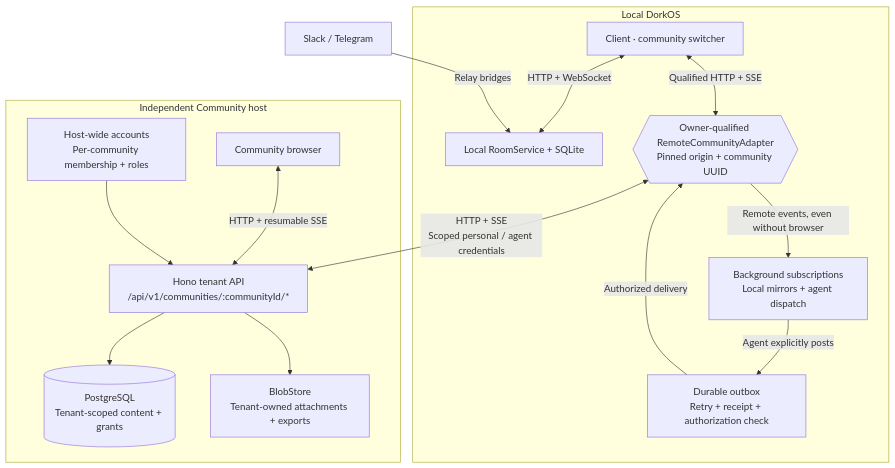
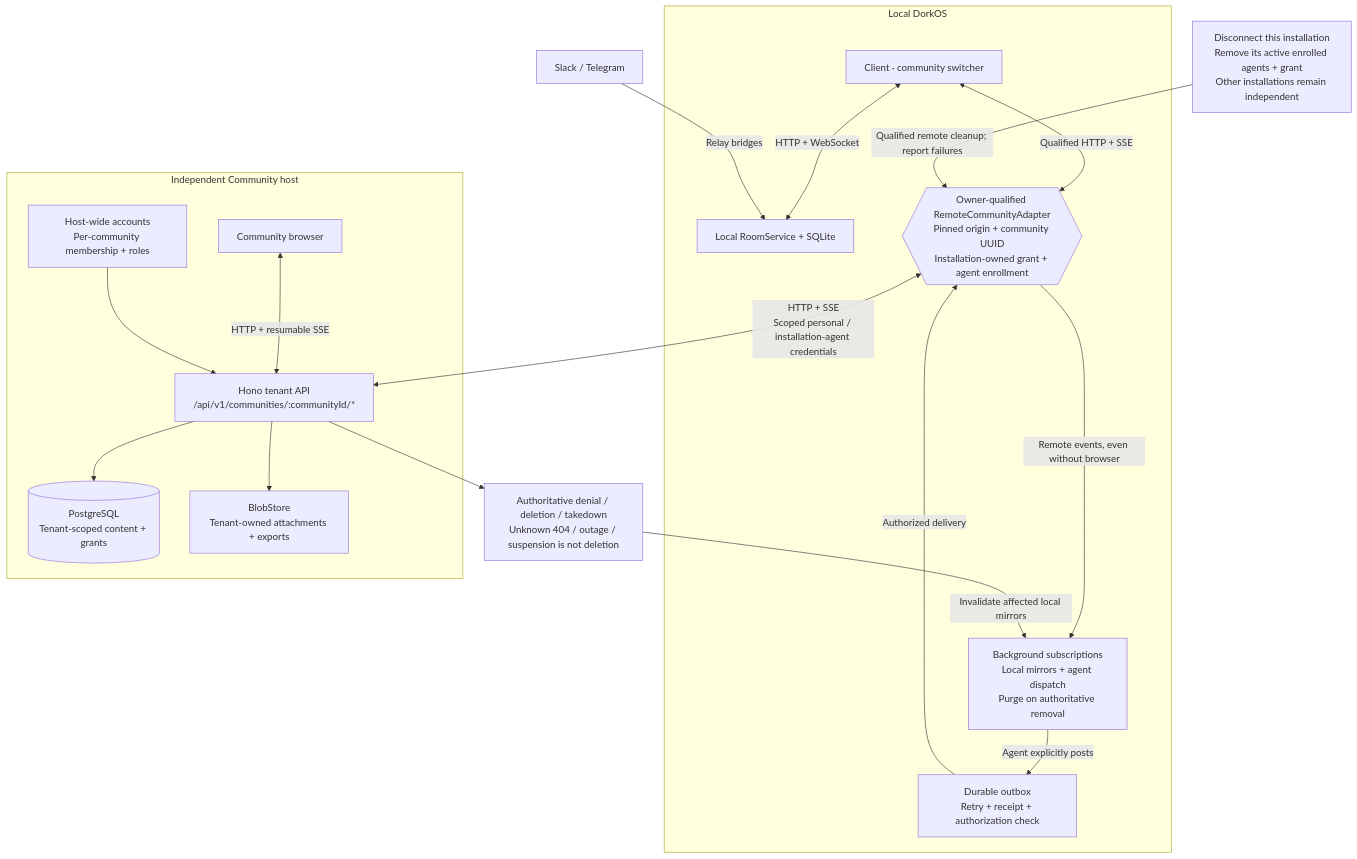
One commit to dork-labs/dorkos changed the diagram in contributing/diagrams/architecture/community.mmd. Above: the diagram before and after it, drawn with Mermaid. The commit also changed 16 other files, not shown here.

Commit message:
docs(architecture): reconcile October projects, Spaces and recovery boundaries

```diff
--- a/contributing/diagrams/architecture/community.mmd
+++ b/contributing/diagrams/architecture/community.mmd
@@ -1,28 +1,33 @@
 flowchart TB
   accTitle: Local participation in a multi-community host
-  accDescr: Local rooms remain in SQLite. Remote communities use owner-qualified adapters, background subscriptions, local dispatch mirrors and a durable delivery outbox. One independent host has host-wide sign-in and tenant-scoped data. Host administration does not grant content access.
+  accDescr: Local rooms remain in SQLite. Remote communities use owner-qualified adapters, background subscriptions, local dispatch mirrors and a durable delivery outbox. One independent host has host-wide sign-in and tenant-scoped data. Host administration is separate from ordinary membership; scoped takedown and evidence operations are explicit exceptions. Installation grants own their enrolled agents. Authoritative removal purges local mirrors; unknown errors do not.
   subgraph local["Local DorkOS"]
     ui["Client · community switcher"]
     rooms["Local RoomService + SQLite"]
-    adapter{{"Owner-qualified RemoteCommunityAdapter<br/>Pinned origin + community UUID"}}
-    inbound["Background subscriptions<br/>Local mirrors + agent dispatch"]
+    adapter{{"Owner-qualified RemoteCommunityAdapter<br/>Pinned origin + community UUID<br/>Installation-owned grant + agent enrollment"}}
+    inbound["Background subscriptions<br/>Local mirrors + agent dispatch<br/>Purge on authoritative removal"]
     outbound["Durable outbox<br/>Retry + receipt + authorization check"]
     ui <-->|"HTTP + WebSocket"| rooms
     ui <-->|"Qualified HTTP + SSE"| adapter
     adapter -->|"Remote events, even without browser"| inbound
     inbound -->|"Agent explicitly posts"| outbound
     outbound -->|"Authorized delivery"| adapter
   end
   subgraph remote["Independent Community host"]
     browser["Community browser"]
     api["Hono tenant API<br/>/api/v1/communities/:communityId/*"]
     auth["Host-wide accounts<br/>Per-community membership + roles"]
     db[("PostgreSQL<br/>Tenant-scoped content + grants")]
     blobs["BlobStore<br/>Tenant-owned attachments + exports"]
     browser <-->|"HTTP + resumable SSE"| api
     auth --> api
     api --> db
     api --> blobs
   end
-  adapter <-->|"HTTP + SSE<br/>Scoped personal / agent credentials"| api
+  adapter <-->|"HTTP + SSE<br/>Scoped personal / installation-agent credentials"| api
+  removal["Disconnect this installation<br/>Remove its active enrolled agents + grant<br/>Other installations remain independent"]
+  removal -->|"Qualified remote cleanup; report failures"| adapter
+  refusal["Authoritative denial / deletion / takedown<br/>Unknown 404 / outage / suspension is not deletion"]
+  api --> refusal
+  refusal -->|"Invalidate affected local mirrors"| inbound
   messaging["Slack / Telegram"] -->|"Relay bridges"| rooms
```
